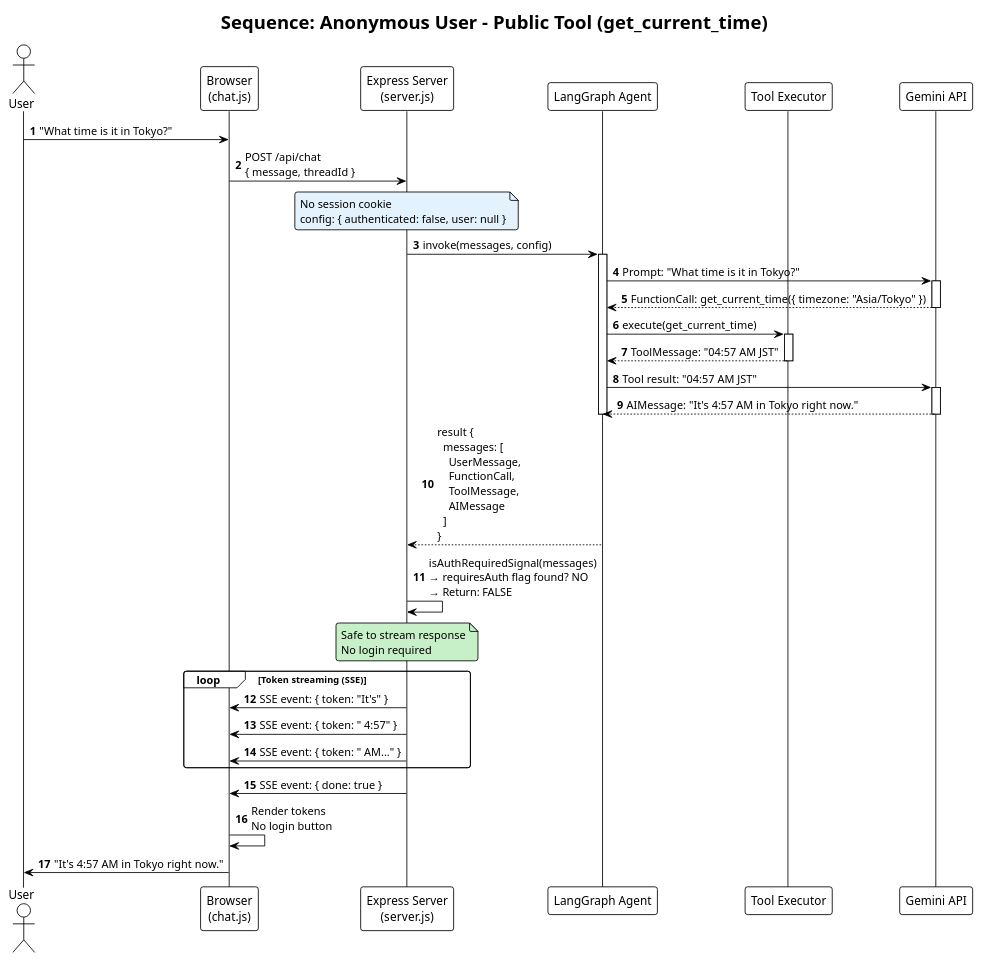
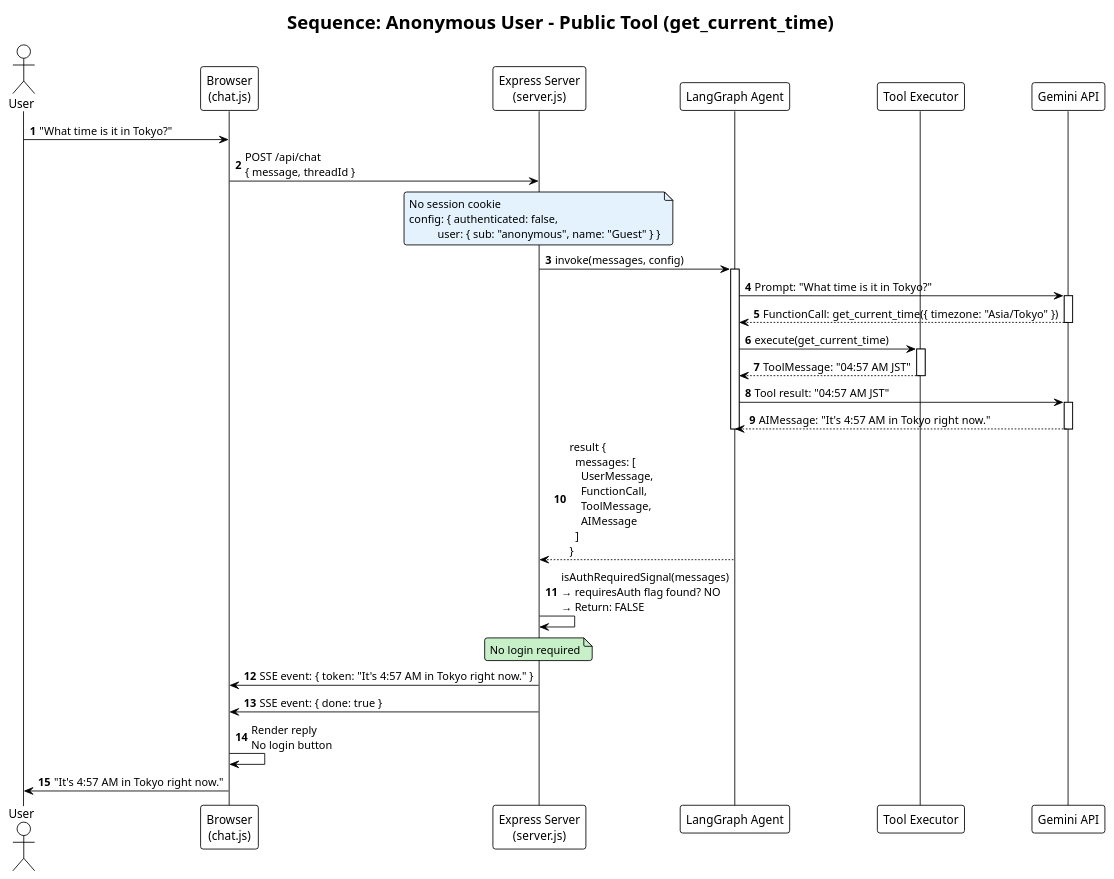
The diagram in docs/01_anonymous_public_tool.puml (malotian/node-ai-assitant), drawn with PlantUML before and after one commit. The commit also changed 17 other files, not shown here.

First line of the commit message:
docs: remove duplicate diagrams, sync docs with code, clean up

```diff
--- a/docs/01_anonymous_public_tool.puml
+++ b/docs/01_anonymous_public_tool.puml
@@ -1,63 +1,58 @@
 @startuml Anonymous_Public_Tool
 !theme plain
 autonumber
 skinparam shadowing false
 skinparam roundcorner 6
 skinparam defaultFontName Arial
 skinparam lifelineStrategy solid
 
 title Sequence: Anonymous User - Public Tool (get_current_time)
 
 actor User
 participant "Browser\n(chat.js)" as UI
 participant "Express Server\n(server.js)" as Server
 participant "LangGraph Agent" as Agent
 participant "Tool Executor" as Tools
 participant "Gemini API" as LLM
 
 User -> UI : "What time is it in Tokyo?"
 UI -> Server : POST /api/chat\n{ message, threadId }
 note over Server #e3f2fd
   No session cookie
-  config: { authenticated: false, user: null }
+  config: { authenticated: false,
+            user: { sub: "anonymous", name: "Guest" } }
 end note
 
 Server -> Agent : invoke(messages, config)
 activate Agent
 
 Agent -> LLM : Prompt: "What time is it in Tokyo?"
 activate LLM
 LLM --> Agent : FunctionCall: get_current_time({ timezone: "Asia/Tokyo" })
 deactivate LLM
 
 Agent -> Tools : execute(get_current_time)
 activate Tools
 Tools --> Agent : ToolMessage: "04:57 AM JST"
 deactivate Tools
 
 Agent -> LLM : Tool result: "04:57 AM JST"
 activate LLM
 LLM --> Agent : AIMessage: "It's 4:57 AM in Tokyo right now."
 deactivate LLM
 
 deactivate Agent
 Agent --> Server : result {\n  messages: [\n    UserMessage,\n    FunctionCall,\n    ToolMessage,\n    AIMessage\n  ]\n}
 
 Server -> Server : isAuthRequiredSignal(messages)\n→ requiresAuth flag found? NO\n→ Return: FALSE
 note over Server #c8f0c8
-  Safe to stream response
   No login required
 end note
 
-loop Token streaming (SSE)
-  Server -> UI : SSE event: { token: "It's" }
-  Server -> UI : SSE event: { token: " 4:57" }
-  Server -> UI : SSE event: { token: " AM..." }
-end
-
+Server -> UI : SSE event: { token: "It's 4:57 AM in Tokyo right now." }
 Server -> UI : SSE event: { done: true }
 
-UI -> UI : Render tokens\nNo login button
+UI -> UI : Render reply\nNo login button
 UI -> User : "It's 4:57 AM in Tokyo right now."
 
 @enduml
```
